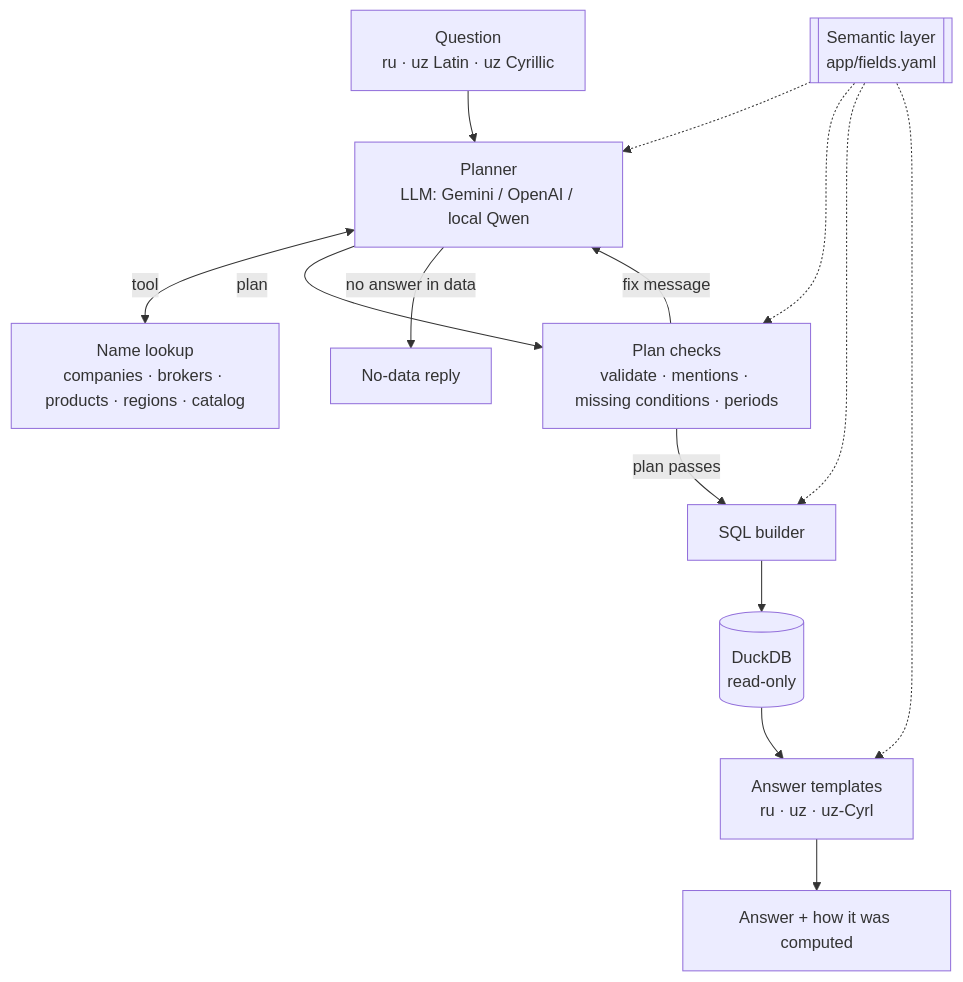
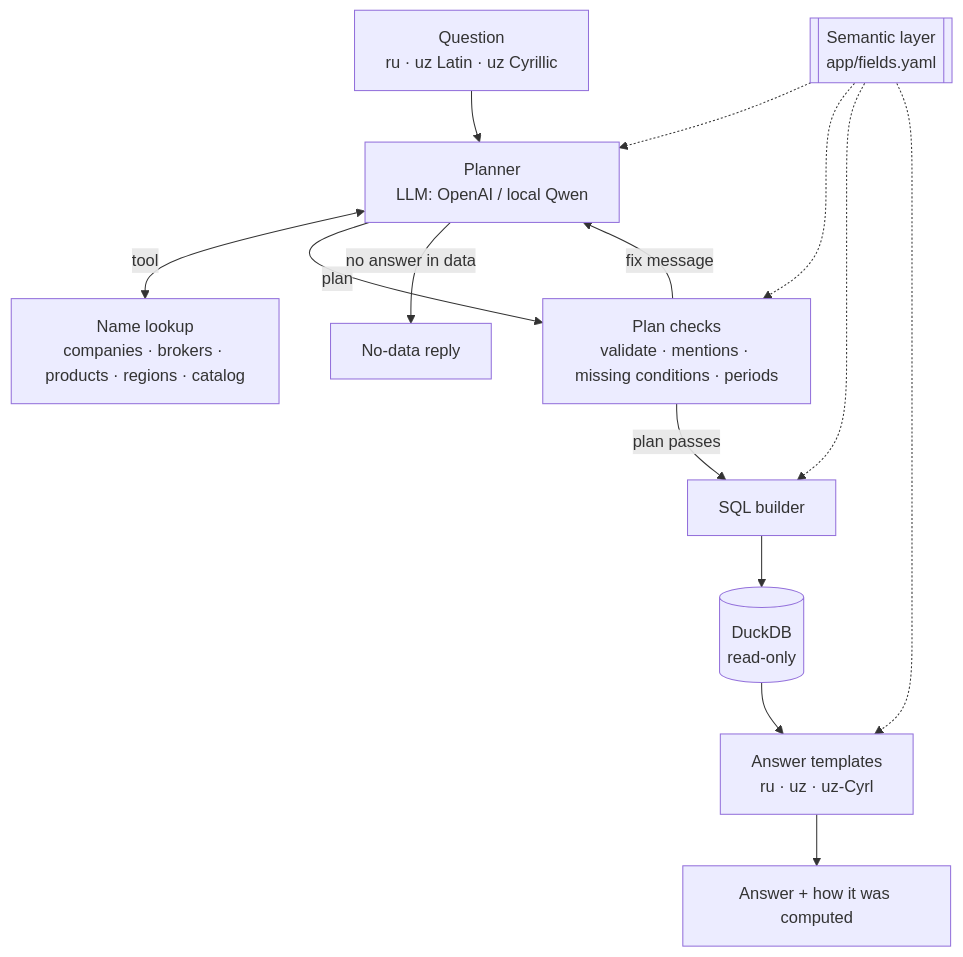
The first of 2 diagrams in README.md (omardmv/trade-registry-Q-A-agent), drawn with Mermaid before and after one commit. The commit also changed other lines of this file and 17 other files, not shown here.

First line of the commit message:
llm: OpenAI only; remove Gemini

````diff
--- a/README.md
+++ b/README.md
@@ -21,18 +21,18 @@
 ```mermaid
 flowchart TD
-    Q[Question<br/>ru · uz Latin · uz Cyrillic] --> P[Planner<br/>LLM: Gemini / OpenAI / local Qwen]
+    Q[Question<br/>ru · uz Latin · uz Cyrillic] --> P[Planner<br/>LLM: OpenAI / local Qwen]
     P <-->|tool| R[Name lookup<br/>companies · brokers · products · regions · catalog]
     P -->|plan| CK[Plan checks<br/>validate · mentions · missing conditions · periods]
     CK -->|fix message| P
     P -->|no answer in data| N[No-data reply]
     CK -->|plan passes| B[SQL builder]
     B --> DB[(DuckDB<br/>read-only)]
     DB --> T[Answer templates<br/>ru · uz · uz-Cyrl]
     T --> OK[Answer + how it was computed]
 
     S[[Semantic layer<br/>app/fields.yaml]]
     S -.-> P
     S -.-> CK
     S -.-> B
     S -.-> T
 ```
````
